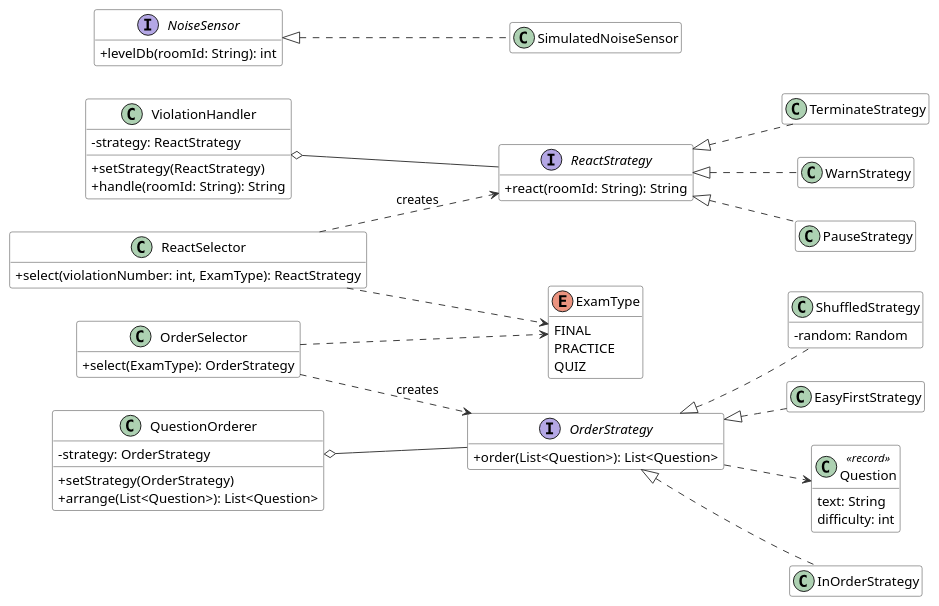
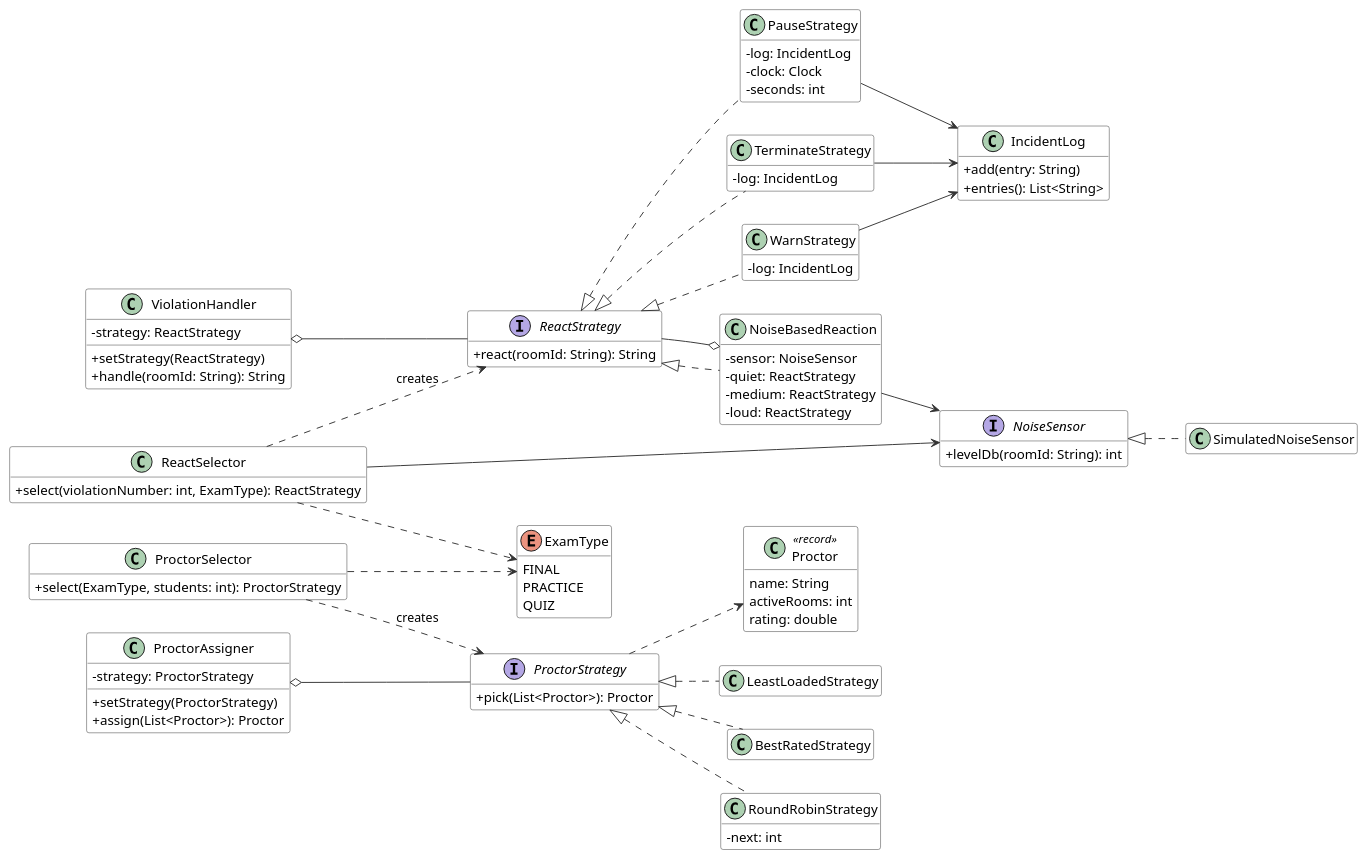
Before and after one commit to anommanager/sdp-assignment5: the diagram in docs/uml.puml, drawn with PlantUML. The commit also changed 2 other files, not shown here.

Commit message:
Update README and UML

```diff
--- a/docs/uml.puml
+++ b/docs/uml.puml
@@ -1,80 +1,106 @@
 @startuml
 skinparam shadowing false
 skinparam classAttributeIconSize 0
 skinparam backgroundColor white
 skinparam ArrowColor #333333
 skinparam class {
   BackgroundColor #FFFFFF
   BorderColor #333333
 }
 skinparam interface {
   BackgroundColor #E8F0FE
   BorderColor #333333
 }
 hide empty members
 left to right direction
 
 enum ExamType {
   FINAL
   PRACTICE
   QUIZ
 }
 
 interface ReactStrategy {
   +react(roomId: String): String
 }
-class WarnStrategy
-class PauseStrategy
-class TerminateStrategy
+class WarnStrategy {
+  -log: IncidentLog
+}
+class PauseStrategy {
+  -log: IncidentLog
+  -clock: Clock
+  -seconds: int
+}
+class TerminateStrategy {
+  -log: IncidentLog
+}
+class NoiseBasedReaction {
+  -sensor: NoiseSensor
+  -quiet: ReactStrategy
+  -medium: ReactStrategy
+  -loud: ReactStrategy
+}
 class ViolationHandler {
   -strategy: ReactStrategy
   +setStrategy(ReactStrategy)
   +handle(roomId: String): String
 }
 class ReactSelector {
   +select(violationNumber: int, ExamType): ReactStrategy
 }
+class IncidentLog {
+  +add(entry: String)
+  +entries(): List<String>
+}
 
-interface OrderStrategy {
-  +order(List<Question>): List<Question>
+interface ProctorStrategy {
+  +pick(List<Proctor>): Proctor
 }
-class InOrderStrategy
-class ShuffledStrategy {
-  -random: Random
+class LeastLoadedStrategy
+class BestRatedStrategy
+class RoundRobinStrategy {
+  -next: int
 }
-class EasyFirstStrategy
-class QuestionOrderer {
-  -strategy: OrderStrategy
-  +setStrategy(OrderStrategy)
-  +arrange(List<Question>): List<Question>
+class ProctorAssigner {
+  -strategy: ProctorStrategy
+  +setStrategy(ProctorStrategy)
+  +assign(List<Proctor>): Proctor
 }
-class OrderSelector {
-  +select(ExamType): OrderStrategy
+class ProctorSelector {
+  +select(ExamType, students: int): ProctorStrategy
 }
-class Question <<record>> {
-  text: String
-  difficulty: int
+class Proctor <<record>> {
+  name: String
+  activeRooms: int
+  rating: double
 }
 
 interface NoiseSensor {
   +levelDb(roomId: String): int
 }
 class SimulatedNoiseSensor
 
 ReactStrategy <|.. WarnStrategy
 ReactStrategy <|.. PauseStrategy
 ReactStrategy <|.. TerminateStrategy
+ReactStrategy <|.. NoiseBasedReaction
 ViolationHandler o-- ReactStrategy
+NoiseBasedReaction o-- ReactStrategy
+NoiseBasedReaction --> NoiseSensor
+WarnStrategy --> IncidentLog
+PauseStrategy --> IncidentLog
+TerminateStrategy --> IncidentLog
 ReactSelector ..> ReactStrategy : creates
 ReactSelector ..> ExamType
+ReactSelector --> NoiseSensor
 
-OrderStrategy <|.. InOrderStrategy
-OrderStrategy <|.. ShuffledStrategy
-OrderStrategy <|.. EasyFirstStrategy
-QuestionOrderer o-- OrderStrategy
-OrderSelector ..> OrderStrategy : creates
-OrderSelector ..> ExamType
-OrderStrategy ..> Question
+ProctorStrategy <|.. LeastLoadedStrategy
+ProctorStrategy <|.. BestRatedStrategy
+ProctorStrategy <|.. RoundRobinStrategy
+ProctorAssigner o-- ProctorStrategy
+ProctorSelector ..> ProctorStrategy : creates
+ProctorSelector ..> ExamType
+ProctorStrategy ..> Proctor
 
 NoiseSensor <|.. SimulatedNoiseSensor
 @enduml
```
